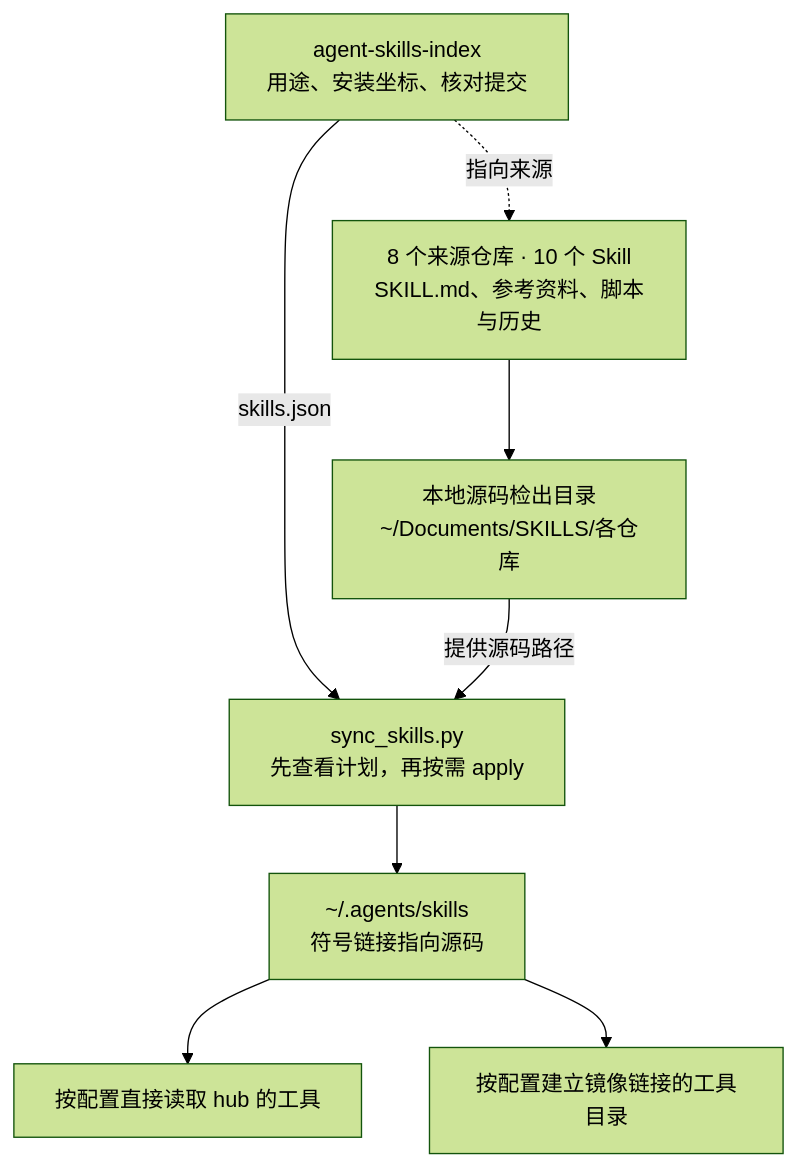
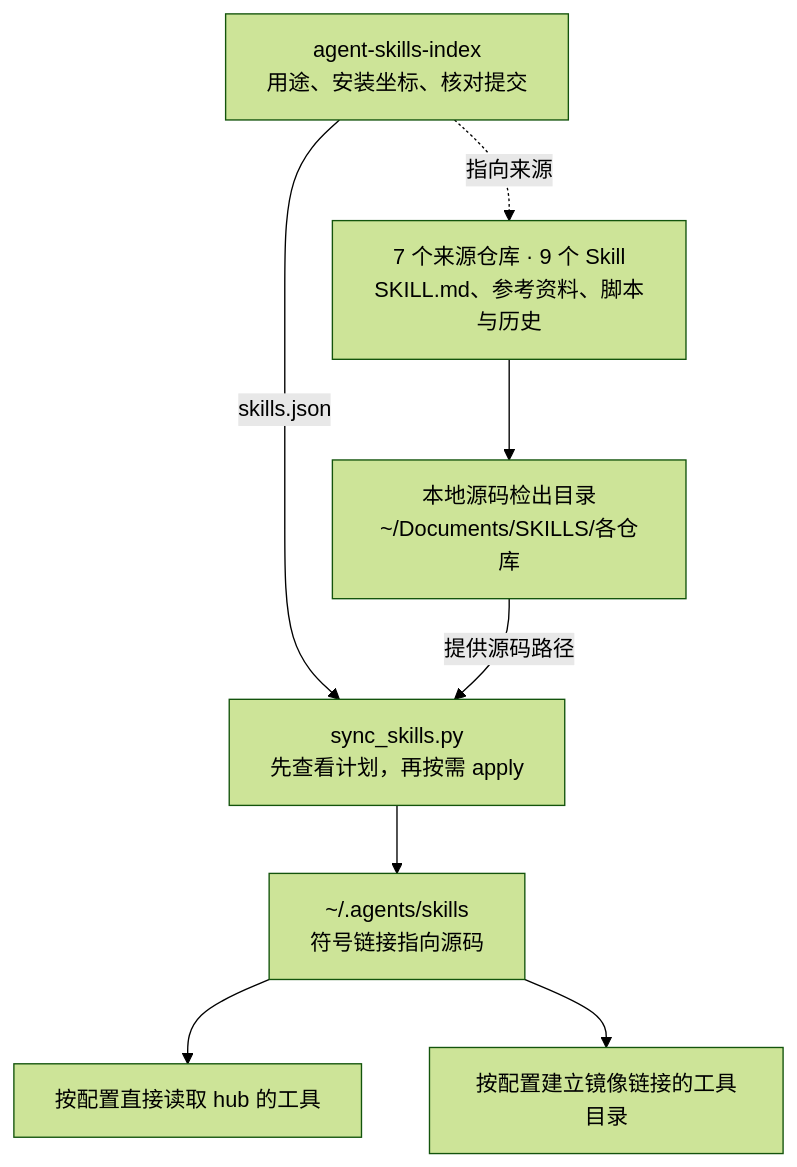
One commit to a1024053774/a1024053774.github.io changed the diagram in img/in-post/2026-10-11-agent-skills-workflow/repositories.mmd. Above: the diagram before and after it, drawn with Mermaid (forest theme). The commit also changed 2 other files, not shown here.

Commit message:
post: sync Agent Skills workflow with index

```diff
--- a/img/in-post/2026-10-11-agent-skills-workflow/repositories.mmd
+++ b/img/in-post/2026-10-11-agent-skills-workflow/repositories.mmd
@@ -1,10 +1,10 @@
 flowchart TB
     accTitle: 一份来源，索引与安装各司其职
-    accDescr: 八个独立仓库保存十个 Skill 的正文与历史。索引仓库只保存元数据、安装坐标和检查脚本。本地同步脚本从源码检出目录创建到 hub 的链接，再按配置处理工具目录。
-    S["8 个来源仓库 · 10 个 Skill<br/>SKILL.md、参考资料、脚本与历史"] --> L["本地源码检出目录<br/>~/Documents/SKILLS/各仓库"]
+    accDescr: 七个独立仓库保存九个 Skill 的正文与历史。索引仓库只保存元数据、安装坐标和检查脚本。本地同步脚本从源码检出目录创建到 hub 的链接，再按配置处理工具目录。
+    S["7 个来源仓库 · 9 个 Skill<br/>SKILL.md、参考资料、脚本与历史"] --> L["本地源码检出目录<br/>~/Documents/SKILLS/各仓库"]
     I["agent-skills-index<br/>用途、安装坐标、核对提交"] -.->|指向来源| S
     I -->|skills.json| Y["sync_skills.py<br/>先查看计划，再按需 apply"]
     L -->|提供源码路径| Y
     Y --> H["~/.agents/skills<br/>符号链接指向源码"]
     H --> A["按配置直接读取 hub 的工具"]
     H --> B["按配置建立镜像链接的工具目录"]
```
